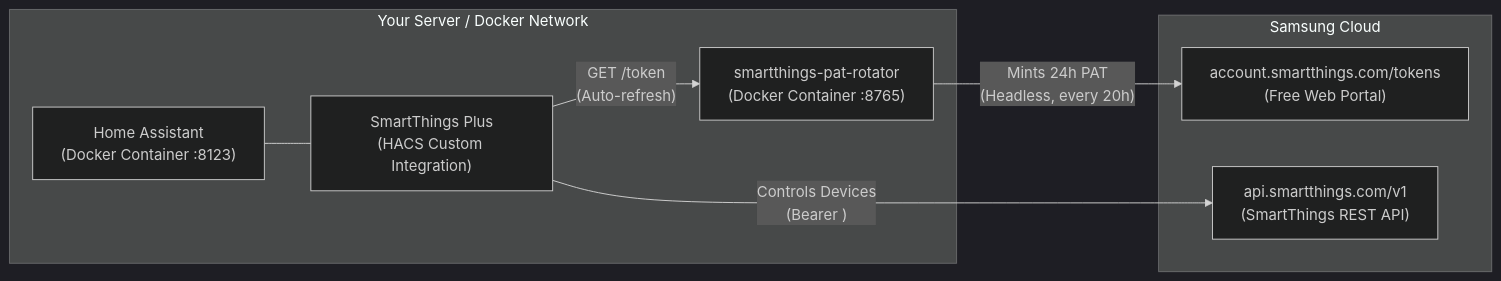
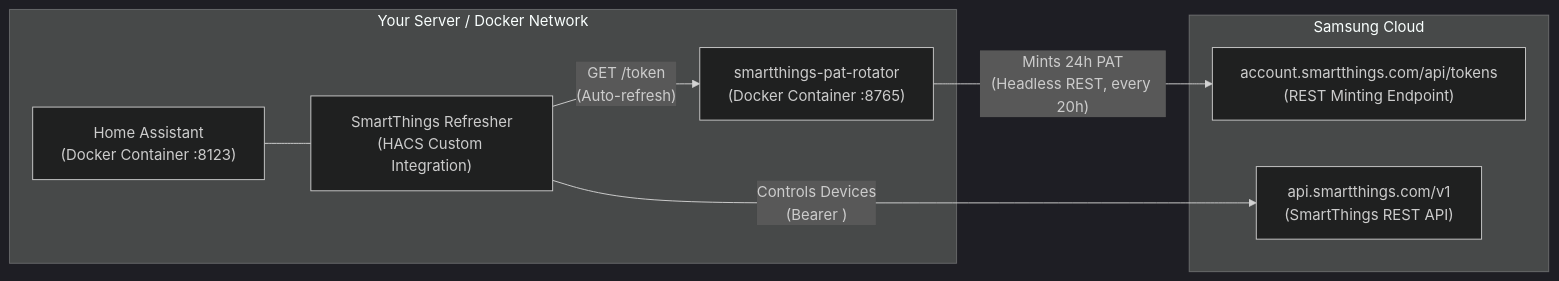
The diagram in README.md (willyzha/smartthings-pat-refresher), drawn with Mermaid (dark theme) before and after one commit. The commit also changed other lines of this file, not shown here.

Commit message:
docs: add comprehensive headless setup, cookie export, and migration guide

````diff
--- a/README.md
+++ b/README.md
@@ -12,19 +12,19 @@
 ```mermaid
 flowchart LR
     subgraph Host["Your Server / Docker Network"]
         Rotator["smartthings-pat-rotator\n(Docker Container :8765)"]
         HA["Home Assistant\n(Docker Container :8123)"]
-        HACS["SmartThings Plus\n(HACS Custom Integration)"]
+        HACS["SmartThings Refresher\n(HACS Custom Integration)"]
         
         HA --- HACS
         HACS -->|"GET /token\n(Auto-refresh)"| Rotator
     end
 
     subgraph Samsung["Samsung Cloud"]
-        Portal["account.smartthings.com/tokens\n(Free Web Portal)"]
+        Portal["account.smartthings.com/api/tokens\n(REST Minting Endpoint)"]
         API["api.smartthings.com/v1\n(SmartThings REST API)"]
     end
 
-    Rotator -->|"Mints 24h PAT\n(Headless, every 20h)"| Portal
+    Rotator -->|"Mints 24h PAT\n(Headless REST, every 20h)"| Portal
     HACS -->|"Controls Devices\n(Bearer <active_pat>)"| API
 ```
````
